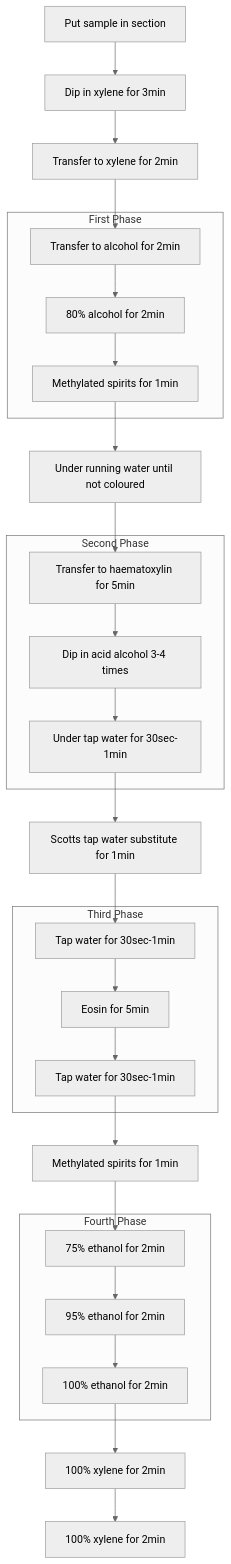
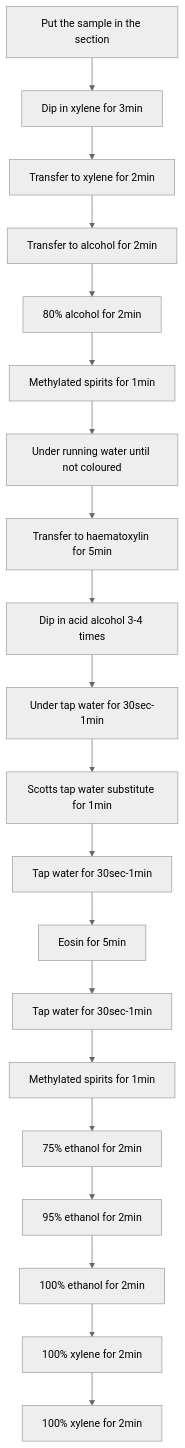
Before and after one commit to Geoegroeg/EkoTest: the diagram in flow.md, drawn with Mermaid (neutral theme).

````diff
--- a/flow.md
+++ b/flow.md
@@ -1,31 +1,22 @@
 ```mermaid
 graph TD;
-    A[Put sample in section] --> B[Dip in xylene for 3min];
+    A[Put the sample in the section] --> B[Dip in xylene for 3min];
     B --> C[Transfer to xylene for 2min];
     C --> D[Transfer to alcohol for 2min];
-    subgraph First Phase
     D --> E[80% alcohol for 2min];
     E --> F[Methylated spirits for 1min];
-    end
     F --> G[Under running water until not coloured];
     G --> H[Transfer to haematoxylin for 5min];
-    subgraph Second Phase
     H --> I[Dip in acid alcohol 3-4 times];
     I --> J[Under tap water for 30sec-1min];
-    end
     J --> K[Scotts tap water substitute for 1min];
     K --> L[Tap water for 30sec-1min];
-    subgraph Third Phase
     L --> M[Eosin for 5min];
     M --> N[Tap water for 30sec-1min];
-    end
     N --> O[Methylated spirits for 1min];
     O --> P[75% ethanol for 2min];
-    subgraph Fourth Phase
     P --> Q[95% ethanol for 2min];
     Q --> R[100% ethanol for 2min];
-    end
     R --> S[100% xylene for 2min];
     S --> T[100% xylene for 2min];
-
 ```
````
